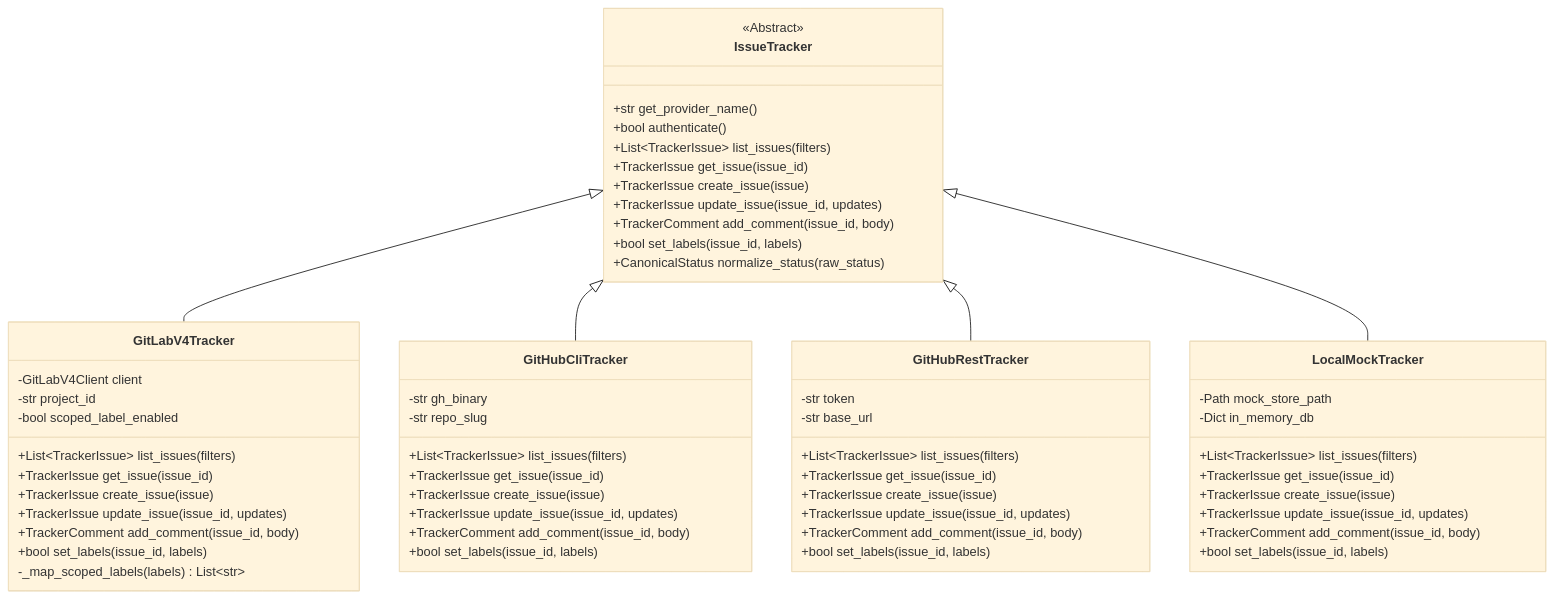
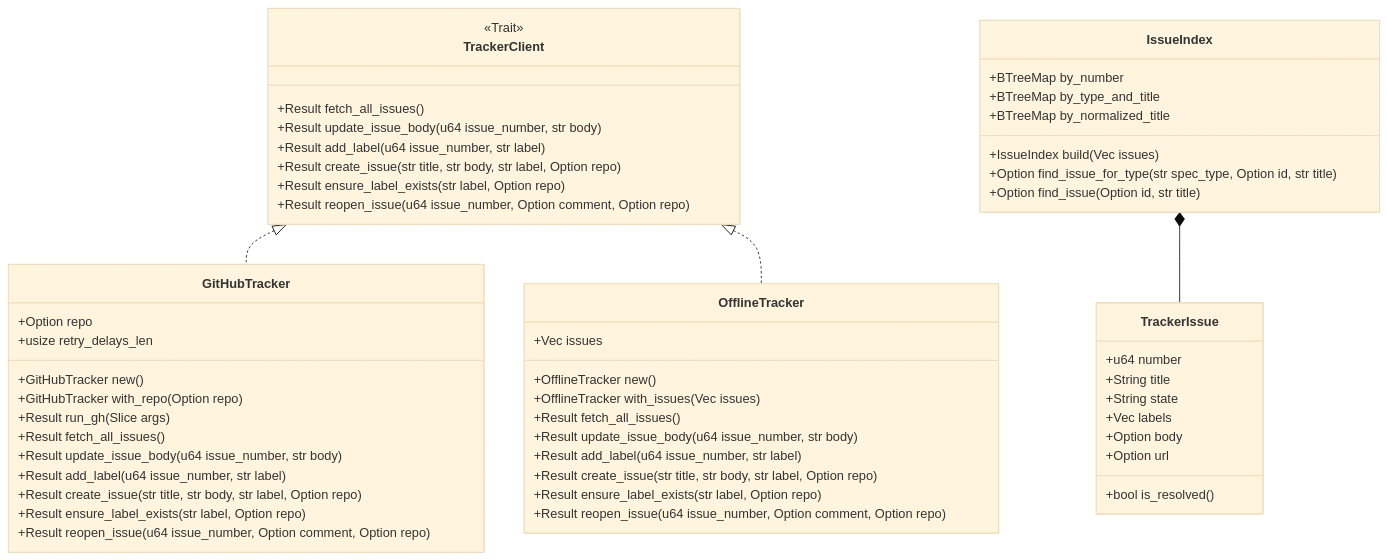
The third of 19 diagrams in docs/architecture/blueprints/MULTI_PROVIDER_GITLAB_INFRASTRUCTURE_ARCHITECTURE.md (gintatkinson/DEAP01-spec-core), drawn with Mermaid (base theme) before and after one commit. The commit also changed other lines of this file and 28 other files, not shown here.

````diff
--- a/docs/architecture/blueprints/MULTI_PROVIDER_GITLAB_INFRASTRUCTURE_ARCHITECTURE.md
+++ b/docs/architecture/blueprints/MULTI_PROVIDER_GITLAB_INFRASTRUCTURE_ARCHITECTURE.md
@@ -161,66 +168,61 @@
 ```mermaid
 classDiagram
-    class IssueTracker {
-        <<Abstract>>
-        +str get_provider_name()
-        +bool authenticate()
-        +List~TrackerIssue~ list_issues(filters)
-        +TrackerIssue get_issue(issue_id)
-        +TrackerIssue create_issue(issue)
-        +TrackerIssue update_issue(issue_id, updates)
-        +TrackerComment add_comment(issue_id, body)
-        +bool set_labels(issue_id, labels)
-        +CanonicalStatus normalize_status(raw_status)
+    class TrackerClient {
+        <<Trait>>
+        +Result fetch_all_issues()
+        +Result update_issue_body(u64 issue_number, str body)
+        +Result add_label(u64 issue_number, str label)
+        +Result create_issue(str title, str body, str label, Option repo)
+        +Result ensure_label_exists(str label, Option repo)
+        +Result reopen_issue(u64 issue_number, Option comment, Option repo)
     }
 
-    class GitLabV4Tracker {
-        -GitLabV4Client client
-        -str project_id
-        -bool scoped_label_enabled
-        +List~TrackerIssue~ list_issues(filters)
-        +TrackerIssue get_issue(issue_id)
-        +TrackerIssue create_issue(issue)
-        +TrackerIssue update_issue(issue_id, updates)
-        +TrackerComment add_comment(issue_id, body)
-        +bool set_labels(issue_id, labels)
-        -_map_scoped_labels(labels) List~str~
+    class GitHubTracker {
+        +Option repo
+        +usize retry_delays_len
+        +GitHubTracker new()
+        +GitHubTracker with_repo(Option repo)
+        +Result run_gh(Slice args)
+        +Result fetch_all_issues()
+        +Result update_issue_body(u64 issue_number, str body)
+        +Result add_label(u64 issue_number, str label)
+        +Result create_issue(str title, str body, str label, Option repo)
+        +Result ensure_label_exists(str label, Option repo)
+        +Result reopen_issue(u64 issue_number, Option comment, Option repo)
     }
 
-    class GitHubCliTracker {
-        -str gh_binary
-        -str repo_slug
-        +List~TrackerIssue~ list_issues(filters)
-        +TrackerIssue get_issue(issue_id)
-        +TrackerIssue create_issue(issue)
-        +TrackerIssue update_issue(issue_id, updates)
-        +TrackerComment add_comment(issue_id, body)
-        +bool set_labels(issue_id, labels)
+    class OfflineTracker {
+        +Vec issues
+        +OfflineTracker new()
+        +OfflineTracker with_issues(Vec issues)
+        +Result fetch_all_issues()
+        +Result update_issue_body(u64 issue_number, str body)
+        +Result add_label(u64 issue_number, str label)
+        +Result create_issue(str title, str body, str label, Option repo)
+        +Result ensure_label_exists(str label, Option repo)
+        +Result reopen_issue(u64 issue_number, Option comment, Option repo)
     }
 
-    class GitHubRestTracker {
-        -str token
-        -str base_url
-        +List~TrackerIssue~ list_issues(filters)
-        +TrackerIssue get_issue(issue_id)
-        +TrackerIssue create_issue(issue)
-        +TrackerIssue update_issue(issue_id, updates)
-        +TrackerComment add_comment(issue_id, body)
-        +bool set_labels(issue_id, labels)
+    class IssueIndex {
+        +BTreeMap by_number
+        +BTreeMap by_type_and_title
+        +BTreeMap by_normalized_title
+        +IssueIndex build(Vec issues)
+        +Option find_issue_for_type(str spec_type, Option id, str title)
+        +Option find_issue(Option id, str title)
     }
 
-    class LocalMockTracker {
-        -Path mock_store_path
-        -Dict in_memory_db
-        +List~TrackerIssue~ list_issues(filters)
-        +TrackerIssue get_issue(issue_id)
-        +TrackerIssue create_issue(issue)
-        +TrackerIssue update_issue(issue_id, updates)
-        +TrackerComment add_comment(issue_id, body)
-        +bool set_labels(issue_id, labels)
+    class TrackerIssue {
+        +u64 number
+        +String title
+        +String state
+        +Vec labels
+        +Option body
+        +Option url
+        +bool is_resolved()
     }
 
-    IssueTracker <|-- GitLabV4Tracker
-    IssueTracker <|-- GitHubCliTracker
-    IssueTracker <|-- GitHubRestTracker
-    IssueTracker <|-- LocalMockTracker
+    TrackerClient <|.. GitHubTracker
+    TrackerClient <|.. OfflineTracker
+    IssueIndex *-- TrackerIssue
 ```
````
